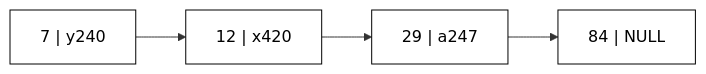
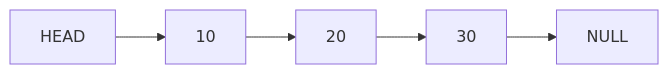
One commit to Debastuti07/Java-DSA changed the first of 2 diagrams in 16_linkedList/LinkedList.md. Above: the diagram before and after it, drawn with Mermaid. The commit also changed other lines of this file and 4 other files, not shown here.

````diff
--- a/16_linkedList/LinkedList.md
+++ b/16_linkedList/LinkedList.md
@@ -1,6 +4,7 @@
 ```mermaid
 flowchart LR
-    A["7 | y240"] --> B["12 | x420"] --> C["29 | a247"] --> D["84 | NULL"]
-    classDef node fill:white,stroke:black,color:black;
-    classDef label fill:none,stroke:none,color:#ff69b4;
+    HEAD["HEAD"] --> A["10"]
+    A --> B["20"]
+    B --> C["30"]
+    C --> NULL["NULL"]
 ```
````
